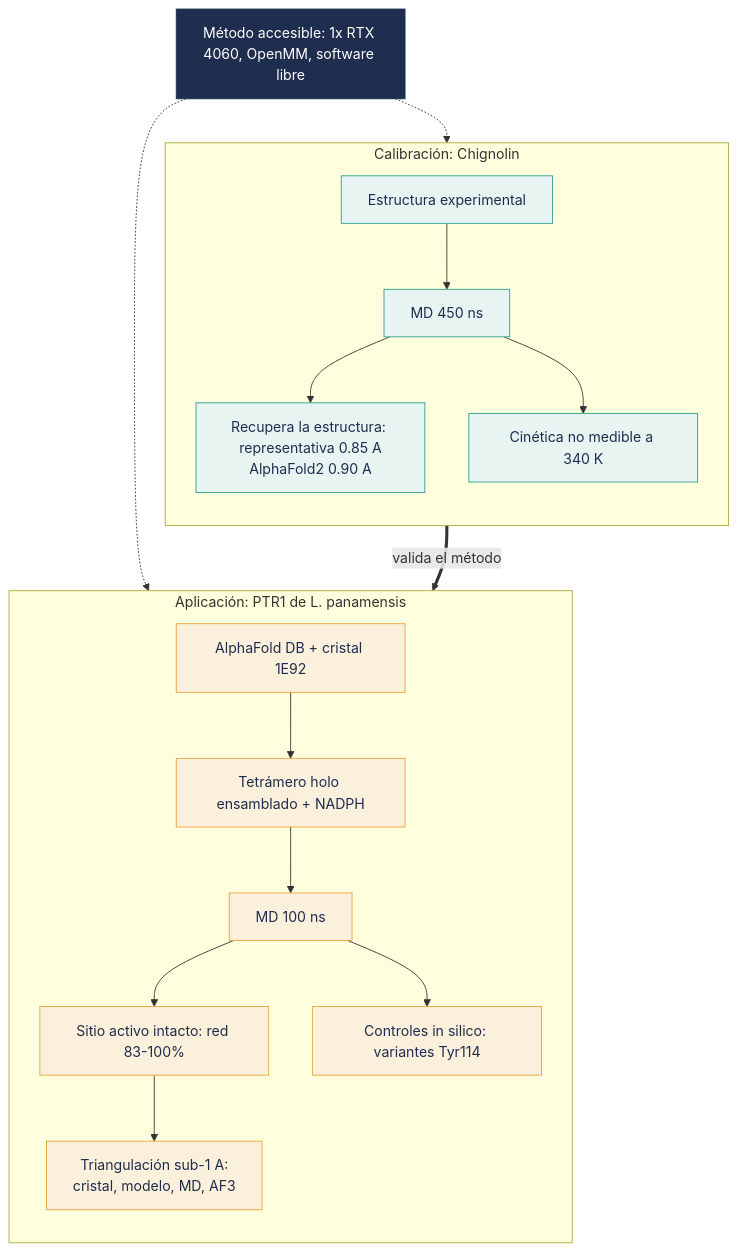
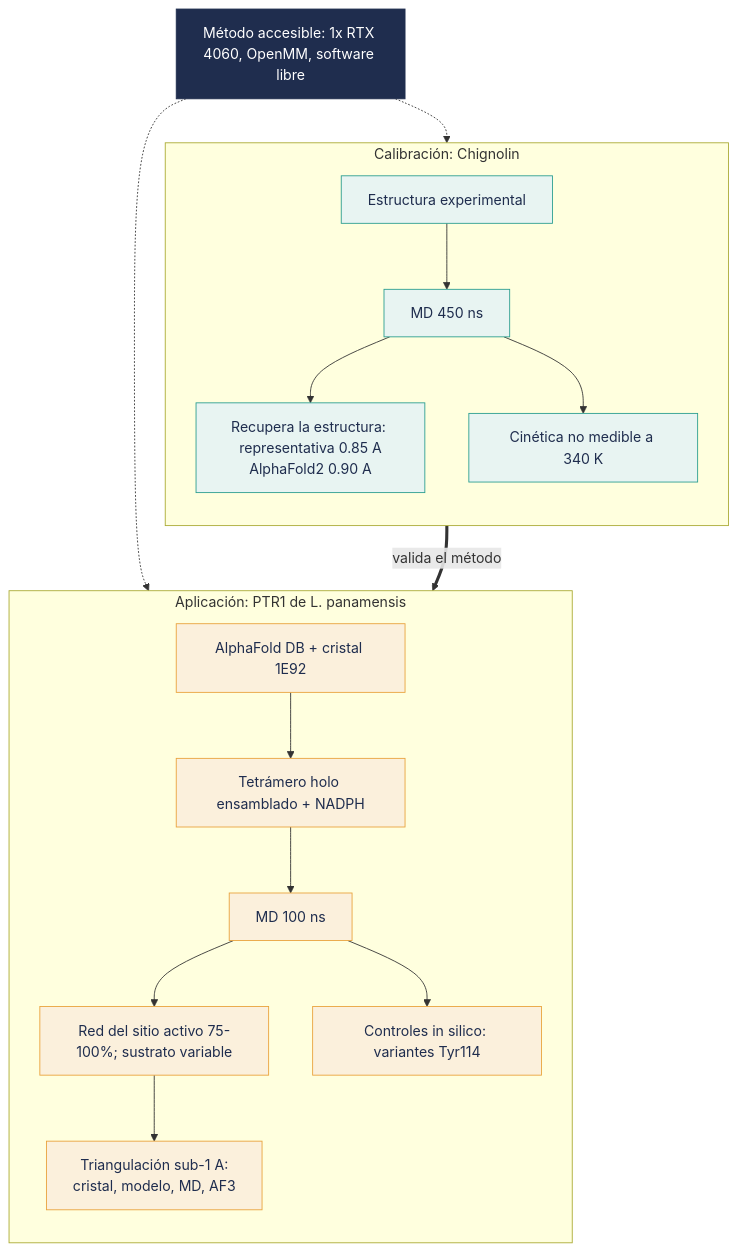
One commit to cpu-16/ptr1-leishmania-md-gpu changed the diagram in README.md. Above: the diagram before and after it, drawn with Mermaid. The commit also changed other lines of this file and 4 other files, not shown here.

````diff
--- a/README.md
+++ b/README.md
@@ -44,31 +44,31 @@
 ```mermaid
 flowchart TB
     MET["Método accesible: 1x RTX 4060, OpenMM, software libre"]
 
     subgraph CAL["Calibración: Chignolin"]
         direction TB
         C1["Estructura experimental"] --> C2["MD 450 ns"]
         C2 --> C3["Recupera la estructura: representativa 0.85 A<br/>AlphaFold2 0.90 A"]
         C2 --> C4["Cinética no medible a 340 K"]
     end
 
     subgraph APP["Aplicación: PTR1 de L. panamensis"]
         direction TB
         P1["AlphaFold DB + cristal 1E92"] --> P2["Tetrámero holo ensamblado + NADPH"]
         P2 --> P3["MD 100 ns"]
-        P3 --> P4["Sitio activo intacto: red 83-100%"]
+        P3 --> P4["Red del sitio activo 75-100%; sustrato variable"]
         P3 --> P5["Controles in silico: variantes Tyr114"]
         P4 --> P6["Triangulación sub-1 A:<br/>cristal, modelo, MD, AF3"]
     end
 
     MET -.-> CAL
     MET -.-> APP
     CAL ==>|valida el método| APP
 
     classDef cal fill:#E8F4F2,stroke:#2A9D8F,color:#1F2D4E;
     classDef app fill:#FBF0DC,stroke:#E9A23B,color:#1F2D4E;
     classDef met fill:#1F2D4E,stroke:#1F2D4E,color:#FFFFFF;
     class C1,C2,C3,C4 cal;
     class P1,P2,P3,P4,P5,P6 app;
     class MET met;
 ```
````
